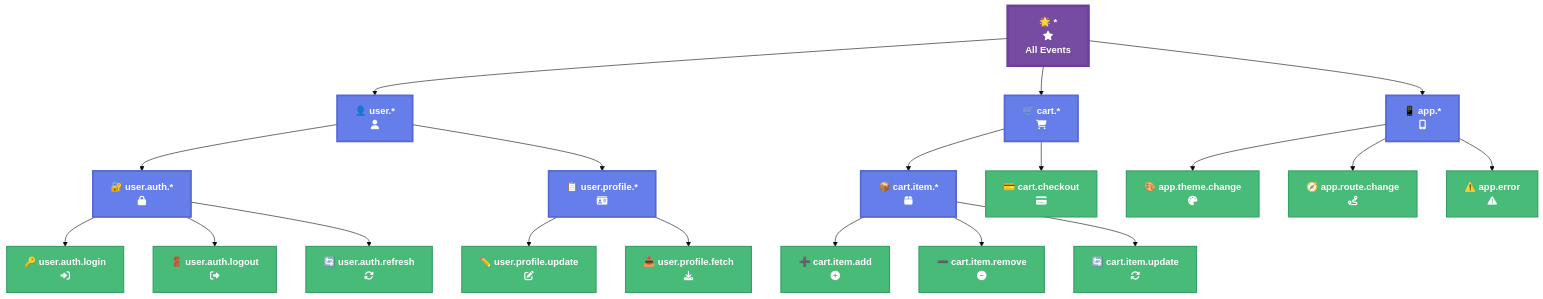
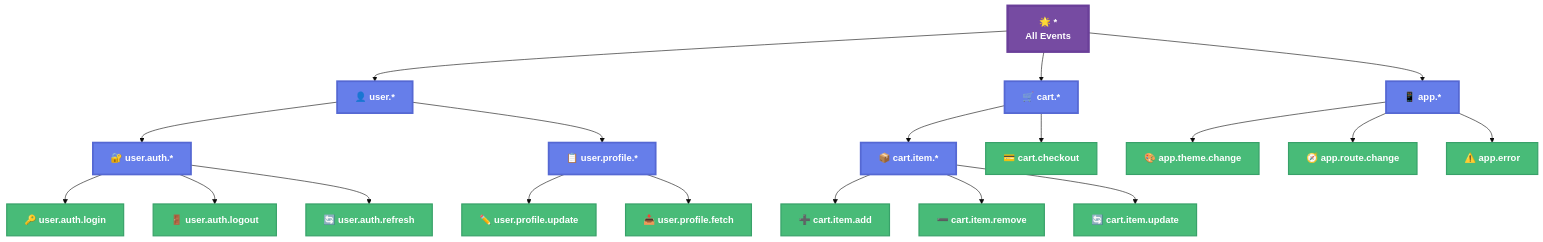
Before and after one commit to larcjs/larc: the third of 10 diagrams in docs/books/learning-larc/diagrams/05-pan-bus.md, drawn with Mermaid. The commit also changed other lines of this file and 1 other file, not shown here.

First line of the commit message:
fix: remove FontAwesome icon references from diagrams

````diff
--- a/docs/books/learning-larc/diagrams/05-pan-bus.md
+++ b/docs/books/learning-larc/diagrams/05-pan-bus.md
@@ -92,38 +92,38 @@
 ```mermaid
 %%{init: {'theme':'base', 'themeVariables': { 'primaryColor':'#667eea','secondaryColor':'#48bb78','tertiaryColor':'#4299e1'}}}%%
 graph TB
-    Root["🌟 *<br/>fa:fa-star<br/>All Events"]
+    Root["🌟 *<br/>All Events"]
 
-    Root --> User["👤 user.*<br/>fa:fa-user"]
-    Root --> Cart["🛒 cart.*<br/>fa:fa-shopping-cart"]
-    Root --> App["📱 app.*<br/>fa:fa-mobile-alt"]
+    Root --> User["👤 user.*"]
+    Root --> Cart["🛒 cart.*"]
+    Root --> App["📱 app.*"]
 
-    User --> UserAuth["🔐 user.auth.*<br/>fa:fa-lock"]
-    User --> UserProfile["📋 user.profile.*<br/>fa:fa-id-card"]
+    User --> UserAuth["🔐 user.auth.*"]
+    User --> UserProfile["📋 user.profile.*"]
 
-    UserAuth --> Login["🔑 user.auth.login<br/>fa:fa-sign-in-alt"]
-    UserAuth --> Logout["🚪 user.auth.logout<br/>fa:fa-sign-out-alt"]
-    UserAuth --> Refresh["🔄 user.auth.refresh<br/>fa:fa-sync"]
+    UserAuth --> Login["🔑 user.auth.login"]
+    UserAuth --> Logout["🚪 user.auth.logout"]
+    UserAuth --> Refresh["🔄 user.auth.refresh"]
 
-    UserProfile --> ProfileUpdate["✏️ user.profile.update<br/>fa:fa-edit"]
-    UserProfile --> ProfileFetch["📥 user.profile.fetch<br/>fa:fa-download"]
+    UserProfile --> ProfileUpdate["✏️ user.profile.update"]
+    UserProfile --> ProfileFetch["📥 user.profile.fetch"]
 
-    Cart --> CartItem["📦 cart.item.*<br/>fa:fa-box"]
-    Cart --> CartCheckout["💳 cart.checkout<br/>fa:fa-credit-card"]
+    Cart --> CartItem["📦 cart.item.*"]
+    Cart --> CartCheckout["💳 cart.checkout"]
 
-    CartItem --> ItemAdd["➕ cart.item.add<br/>fa:fa-plus-circle"]
-    CartItem --> ItemRemove["➖ cart.item.remove<br/>fa:fa-minus-circle"]
-    CartItem --> ItemUpdate["🔄 cart.item.update<br/>fa:fa-sync-alt"]
+    CartItem --> ItemAdd["➕ cart.item.add"]
+    CartItem --> ItemRemove["➖ cart.item.remove"]
+    CartItem --> ItemUpdate["🔄 cart.item.update"]
 
-    App --> AppTheme["🎨 app.theme.change<br/>fa:fa-palette"]
-    App --> AppRoute["🧭 app.route.change<br/>fa:fa-route"]
-    App --> AppError["⚠️ app.error<br/>fa:fa-exclamation-triangle"]
+    App --> AppTheme["🎨 app.theme.change"]
+    App --> AppRoute["🧭 app.route.change"]
+    App --> AppError["⚠️ app.error"]
 
     classDef root fill:#764ba2,stroke:#6a3f99,stroke-width:4px,color:#fff,font-weight:bold
     classDef namespace fill:#667eea,stroke:#5568d3,stroke-width:3px,color:#fff,font-weight:bold
     classDef event fill:#48bb78,stroke:#38a169,stroke-width:2px,color:#fff
 
     class Root root
     class User,Cart,App,UserAuth,UserProfile,CartItem namespace
     class Login,Logout,Refresh,ProfileUpdate,ProfileFetch,ItemAdd,ItemRemove,ItemUpdate,AppTheme,AppRoute,AppError,CartCheckout event
 ```
````
